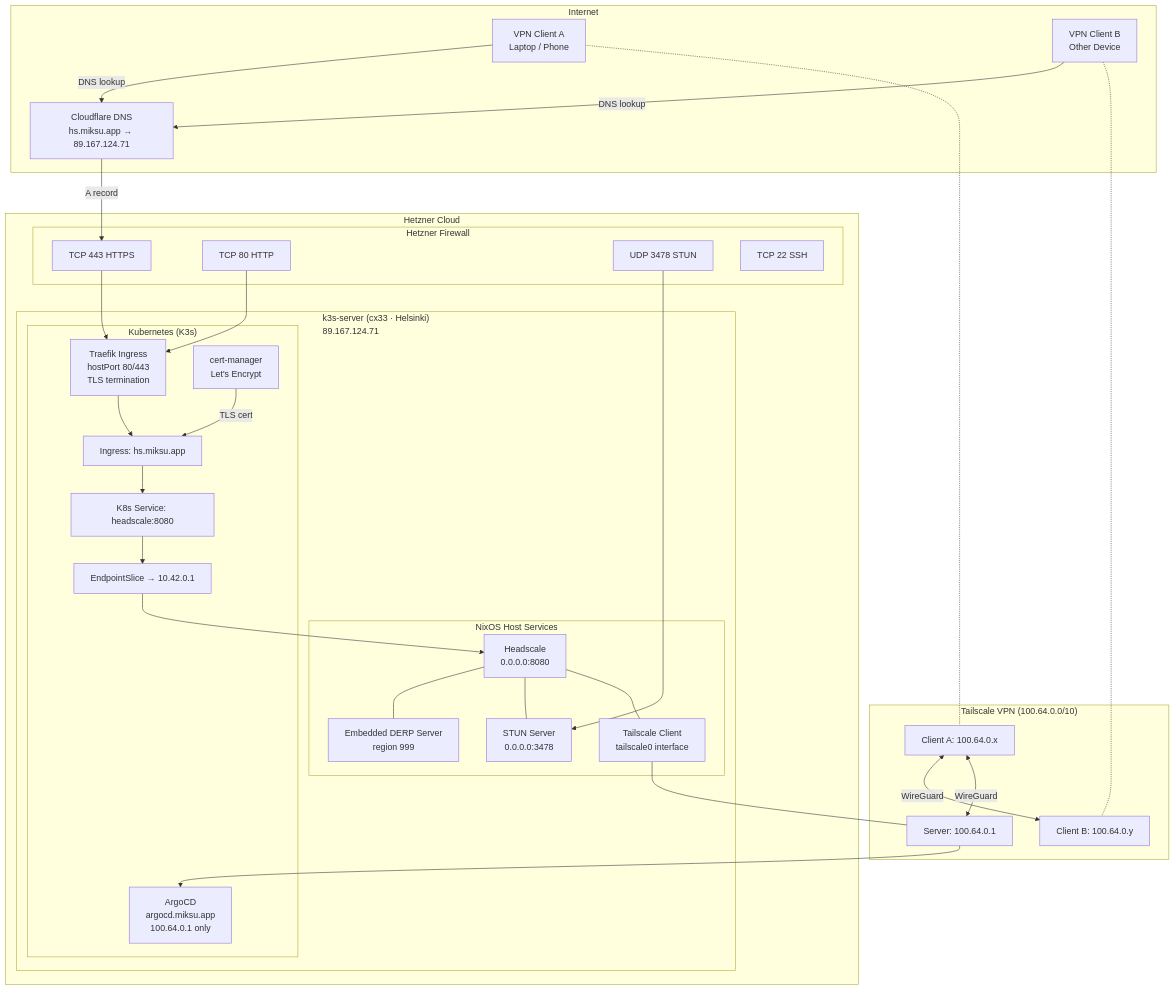
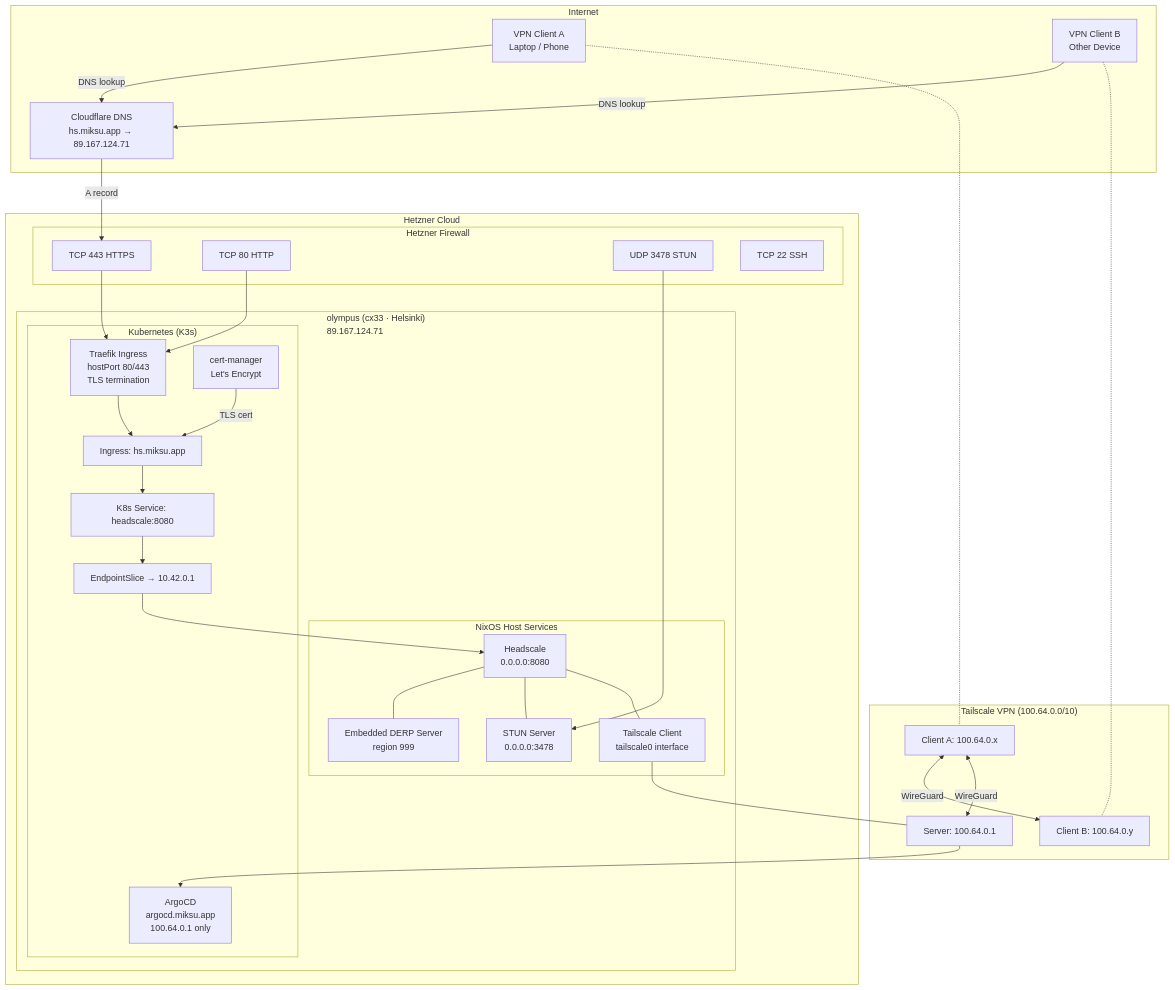
Before and after one commit to MikaelSiidorow/systems: the first of 4 diagrams in docs/headscale-network-diagram.md, drawn with Mermaid. The commit also changed other lines of this file and 27 other files, not shown here.

````diff
--- a/docs/headscale-network-diagram.md
+++ b/docs/headscale-network-diagram.md
@@ -5,63 +5,63 @@
 ```mermaid
 graph TB
     subgraph Internet
         CLIENT_A[VPN Client A<br/>Laptop / Phone]
         CLIENT_B[VPN Client B<br/>Other Device]
         CF[Cloudflare DNS<br/>hs.miksu.app → 89.167.124.71]
     end
 
     subgraph Hetzner Cloud
         subgraph Firewall["Hetzner Firewall"]
             FW_443[TCP 443 HTTPS]
             FW_80[TCP 80 HTTP]
             FW_3478[UDP 3478 STUN]
             FW_22[TCP 22 SSH]
         end
 
-        subgraph Server["k3s-server (cx33 · Helsinki)<br/>89.167.124.71"]
+        subgraph Server["olympus (cx33 · Helsinki)<br/>89.167.124.71"]
             subgraph K8s["Kubernetes (K3s)"]
                 TRAEFIK["Traefik Ingress<br/>hostPort 80/443<br/>TLS termination"]
                 CERTMGR["cert-manager<br/>Let's Encrypt"]
                 INGRESS["Ingress: hs.miksu.app"]
                 SVC["K8s Service: headscale:8080"]
                 EP["EndpointSlice → 10.42.0.1"]
                 ARGOCD["ArgoCD<br/>argocd.miksu.app<br/>100.64.0.1 only"]
             end
 
             subgraph NixOS["NixOS Host Services"]
                 HS["Headscale<br/>0.0.0.0:8080"]
                 DERP["Embedded DERP Server<br/>region 999"]
                 STUN["STUN Server<br/>0.0.0.0:3478"]
                 TS["Tailscale Client<br/>tailscale0 interface"]
             end
         end
     end
 
     subgraph Tailscale Network ["Tailscale VPN (100.64.0.0/10)"]
         TS_SERVER["Server: 100.64.0.1"]
         TS_CLIENT_A["Client A: 100.64.0.x"]
         TS_CLIENT_B["Client B: 100.64.0.y"]
     end
 
     CLIENT_A -->|DNS lookup| CF
     CLIENT_B -->|DNS lookup| CF
     CF -->|A record| FW_443
     FW_443 --> TRAEFIK
     FW_80 --> TRAEFIK
     FW_3478 --> STUN
     TRAEFIK --> INGRESS
     INGRESS --> SVC
     SVC --> EP
     EP --> HS
     CERTMGR -->|TLS cert| INGRESS
     HS --- DERP
     HS --- STUN
     HS --- TS
 
     TS --- TS_SERVER
     CLIENT_A -.- TS_CLIENT_A
     CLIENT_B -.- TS_CLIENT_B
     TS_CLIENT_A <-->|WireGuard| TS_CLIENT_B
     TS_CLIENT_A <-->|WireGuard| TS_SERVER
     TS_SERVER --> ARGOCD
 ```
````
